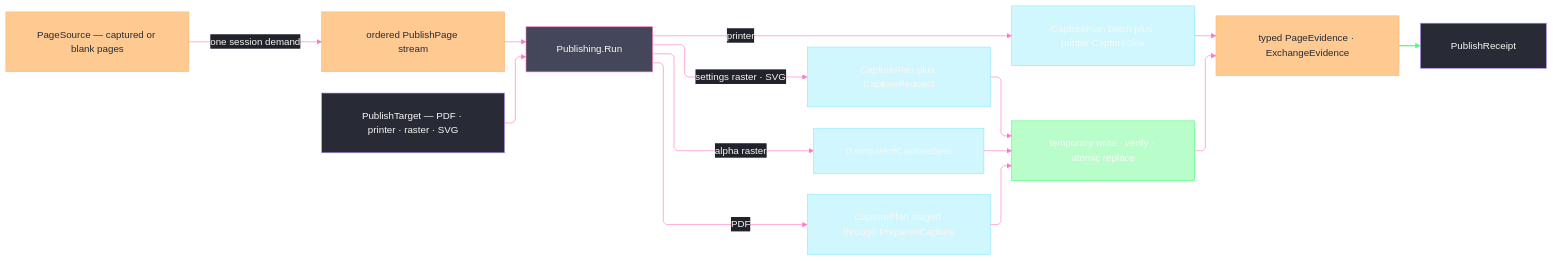
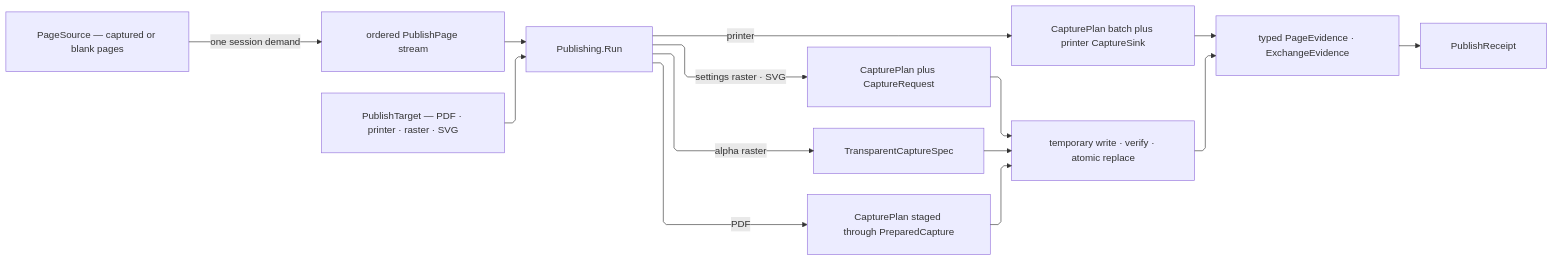
The diagram in libs/csharp/Rasm.Rhino/.planning/Exchange/publish.md (bsamiee/Rasm), drawn with Mermaid before and after one commit. The commit also changed 324 other files, not shown here.

````diff
--- a/libs/csharp/Rasm.Rhino/.planning/Exchange/publish.md
+++ b/libs/csharp/Rasm.Rhino/.planning/Exchange/publish.md
@@ -930,58 +930,25 @@
 ```mermaid codemap
 ---
 config:
-  theme: base
-  look: classic
   layout: elk
   flowchart:
     curve: linear
     padding: 25
-  themeVariables:
-    darkMode: true
-    fontFamily: "SF Mono, Menlo, Cascadia Mono, Segoe UI Mono, Consolas, monospace"
-    useGradient: false
-    dropShadow: "none"
-    background: "#282A36"
-    primaryColor: "#44475A"
-    primaryTextColor: "#F8F8F2"
-    primaryBorderColor: "#BD93F9"
-    lineColor: "#FF79C6"
-    textColor: "#F8F8F2"
-    edgeLabelBackground: "#21222C"
-    labelBackgroundColor: "#21222C"
-  themeCSS: >-
-    .nodeLabel{font-size:13px;font-weight:500}.edgeLabel{font-size:12px;font-weight:500}
-    .edge-thickness-normal{stroke-width:2px}.edge-thickness-thick{stroke-width:3px}
-    .edge-pattern-dashed,.edge-pattern-dotted{stroke-width:1.5px;stroke-dasharray:4 6}
-    .node rect,.node circle,.node polygon,.node path,.node .outer-path{stroke-width:1.5px;filter:none!important}
-    .marker path{transform:scale(.8);transform-origin:5px 5px}.marker circle{transform:scale(.48);transform-origin:5px 5px}
-    .edgeLabel rect{transform-box:fill-box;transform-origin:center;transform:scale(1.1,1.2)}
 ---
 flowchart LR
     accTitle: Publication capture and atomic artifact flow
     accDescr: Ordered pages derive capture plans or transparent requests before atomic delivery and typed evidence.
     Source["PageSource — captured or blank pages"] -->|one session demand| Stream["ordered PublishPage stream"]
     Target["PublishTarget — PDF · printer · raster · SVG"] --> Rail["Publishing.Run"]
     Stream --> Rail["Publishing.Run"]
     Rail -->|settings raster · SVG| Request["CapturePlan plus CaptureRequest"]
     Rail -->|alpha raster| Transparent["TransparentCaptureSpec"]
     Rail -->|printer| Spool["CapturePlan batch plus printer CaptureSink"]
     Rail -->|PDF| Staged["CapturePlan staged through PreparedCapture"]
     Request --> Atomic["temporary write · verify · atomic replace"]
     Transparent --> Atomic
     Staged --> Atomic
     Spool --> Evidence["typed PageEvidence · ExchangeEvidence"]
     Atomic --> Evidence
     Evidence --> Receipt["PublishReceipt"]
-    linkStyle 12 stroke:#50FA7B,stroke-width:2px,color:#F8F8F2
-    classDef boundary fill:#282A36,stroke:#BD93F9,color:#F8F8F2
-    classDef primary fill:#44475A,stroke:#FF79C6,color:#F8F8F2
-    classDef data fill:#FFB86CBF,stroke:#FFB86C,color:#282A36
-    classDef external fill:#8BE9FD66,stroke:#8BE9FD,color:#F8F8F2
-    classDef success fill:#50FA7B66,stroke:#50FA7B,color:#F8F8F2
-    class Target,Receipt boundary
-    class Rail primary
-    class Source,Stream,Evidence data
-    class Request,Transparent,Spool,Staged external
-    class Atomic success
 ```
````
